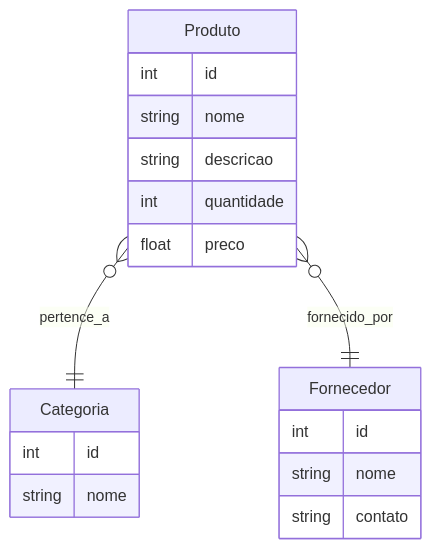
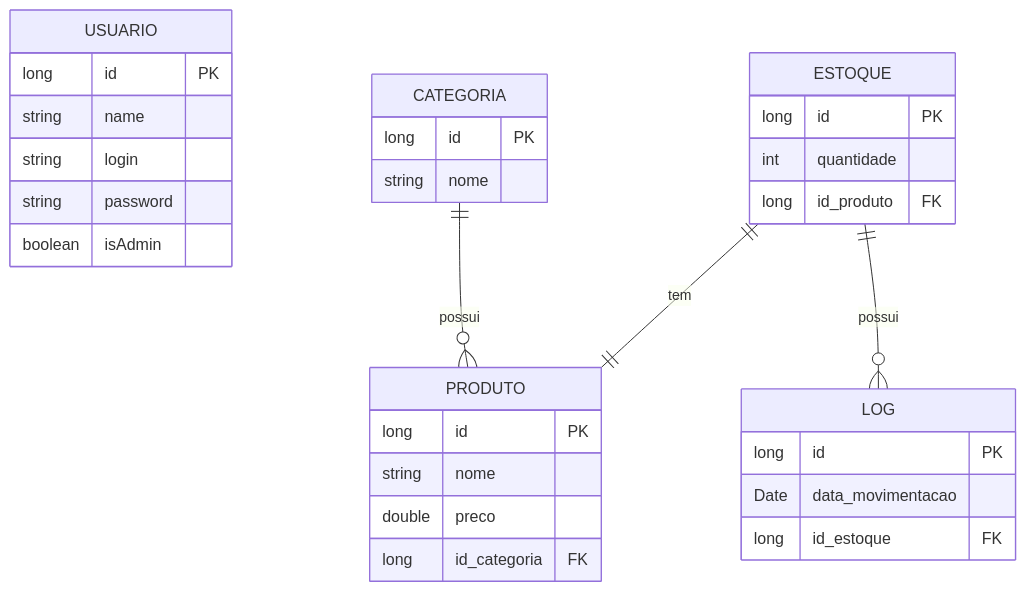
The diagram in APF_Sis_Estoque_feat_issue20.md (Kingnaldo1337/Aulas_UFRN), drawn with Mermaid before and after one commit. The commit also changed other lines of this file, not shown here.

````diff
--- a/APF_Sis_Estoque_feat_issue20.md
+++ b/APF_Sis_Estoque_feat_issue20.md
@@ -23,21 +23,39 @@
 ```mermaid
 erDiagram
-    Produto {
-        int id
-        string nome
-        string descricao
-        int quantidade
-        float preco
+    USUARIO {
+        long id PK
+        string name
+        string login
+        string password
+        boolean isAdmin
     }
-    Categoria {
-        int id
+
+    CATEGORIA {
+        long id PK
         string nome
     }
-    Fornecedor {
-        int id
+
+    PRODUTO {
+        long id PK
         string nome
-        string contato
+        double preco
+        long id_categoria FK
     }
-    Produto }o--|| Categoria : pertence_a
-    Produto }o--|| Fornecedor : fornecido_por
+    CATEGORIA ||--o{ PRODUTO : "possui"
+
+    LOG {
+        long id PK
+        Date data_movimentacao
+        long id_estoque FK 
+    }
+
+    ESTOQUE {
+        long id PK
+        int quantidade
+        long id_produto FK
+    }
+    ESTOQUE ||--o{ LOG : "possui"
+    ESTOQUE ||--|| PRODUTO : "tem"
+
+
 ```
````
